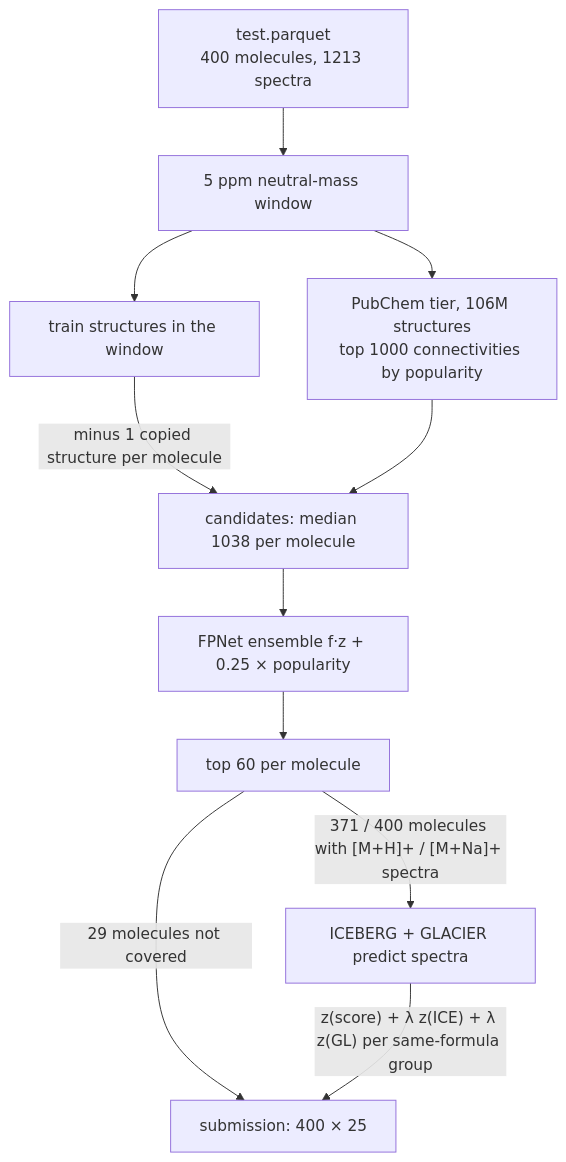
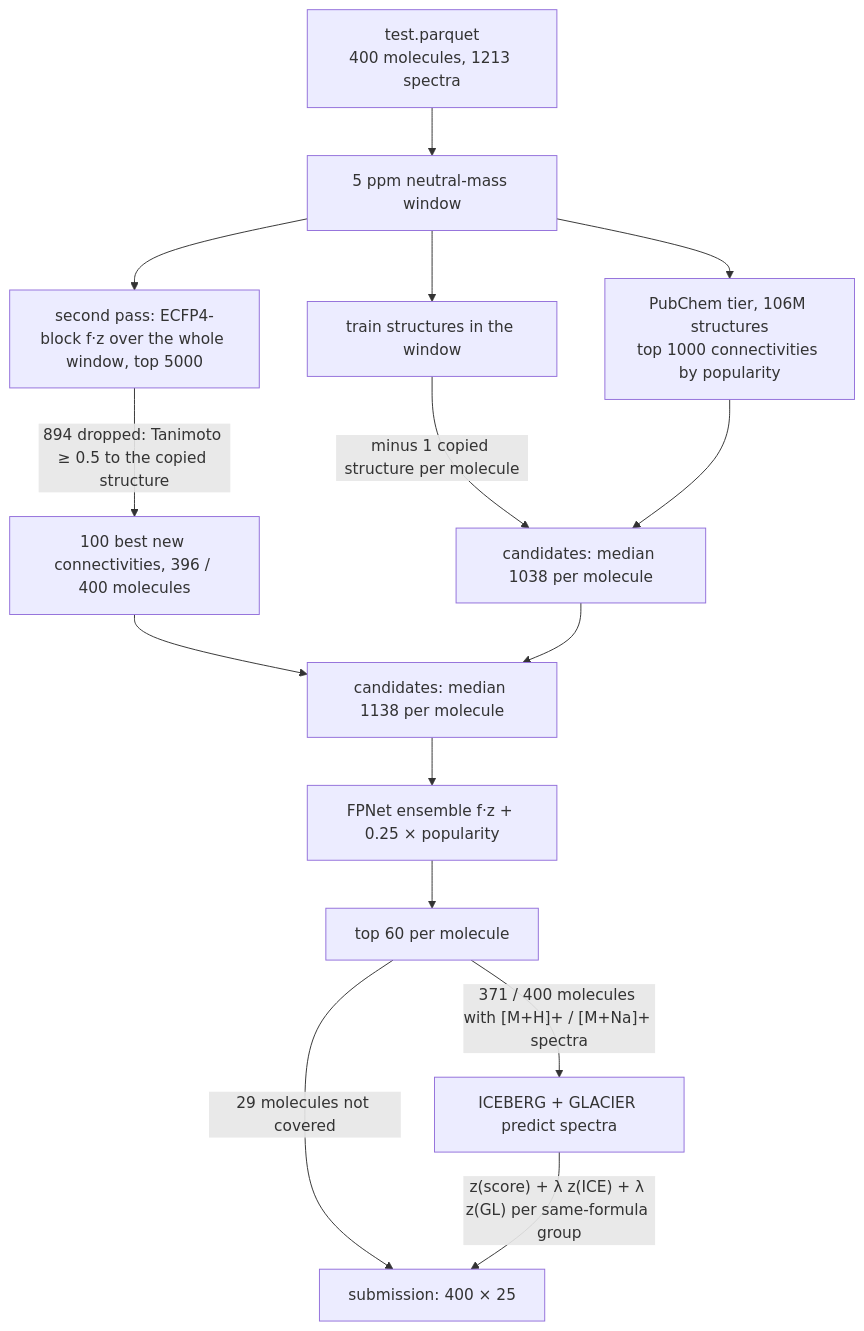
The diagram in casmi/README.md (charleneleong-ai/ai4science), drawn with Mermaid before and after one commit. The commit also changed other lines of this file and 8 other files, not shown here.

Commit message:
docs(casmi): record v19 at 0.356, the new best (second pass with a copied-structure filter)

````diff
--- a/casmi/README.md
+++ b/casmi/README.md
@@ -17,13 +17,17 @@
 ```mermaid
 flowchart TD
     T["test.parquet<br/>400 molecules, 1213 spectra"] --> W["5 ppm neutral-mass window"]
     W --> P["PubChem tier, 106M structures<br/>top 1000 connectivities by popularity"]
     W --> TR["train structures in the window"]
     TR -->|"minus 1 copied structure per molecule"| C
     P --> C["candidates: median 1038 per molecule"]
-    C --> F["FPNet ensemble f·z + 0.25 × popularity"]
+    W --> S["second pass: ECFP4-block f·z over the whole window, top 5000"]
+    S -->|"894 dropped: Tanimoto ≥ 0.5 to the copied structure"| S2["100 best new connectivities, 396 / 400 molecules"]
+    S2 --> C2["candidates: median 1138 per molecule"]
+    C --> C2
+    C2 --> F["FPNet ensemble f·z + 0.25 × popularity"]
     F --> K["top 60 per molecule"]
     K -->|"371 / 400 molecules with [M+H]+ / [M+Na]+ spectra"| FM["ICEBERG + GLACIER predict spectra"]
     K -->|"29 molecules not covered"| OUT
     FM -->|"z(score) + λ z(ICE) + λ z(GL) per same-formula group"| OUT["submission: 400 × 25"]
 ```
````
